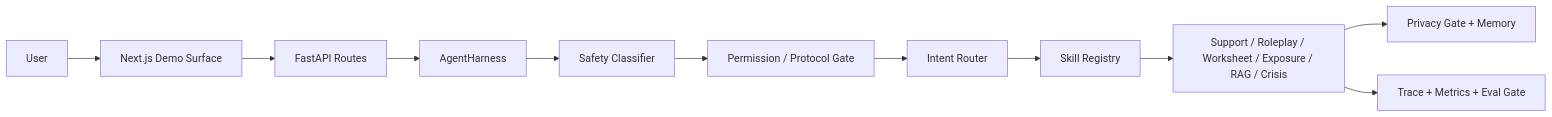
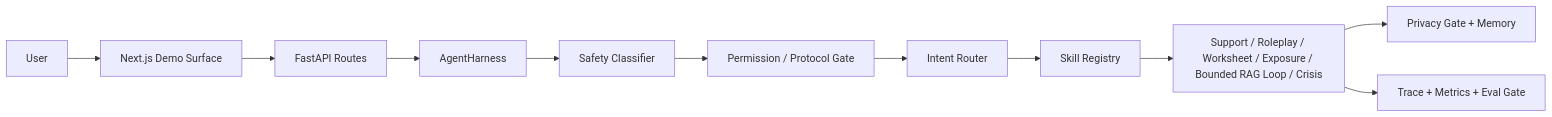
The diagram in README.md (mortis-wakaba/socialease-agent), drawn with Mermaid before and after one commit. The commit also changed other lines of this file and 6 other files, not shown here.

````diff
--- a/README.md
+++ b/README.md
@@ -13,13 +13,13 @@
 ```mermaid
 flowchart LR
     U[User] --> FE[Next.js Demo Surface]
     FE --> API[FastAPI Routes]
     API --> H[AgentHarness]
     H --> S[Safety Classifier]
     S --> P[Permission / Protocol Gate]
     P --> R[Intent Router]
     R --> K[Skill Registry]
-    K --> A[Support / Roleplay / Worksheet / Exposure / RAG / Crisis]
+    K --> A[Support / Roleplay / Worksheet / Exposure / Bounded RAG Loop / Crisis]
     A --> M[Privacy Gate + Memory]
     A --> T[Trace + Metrics + Eval Gate]
 ```
````
